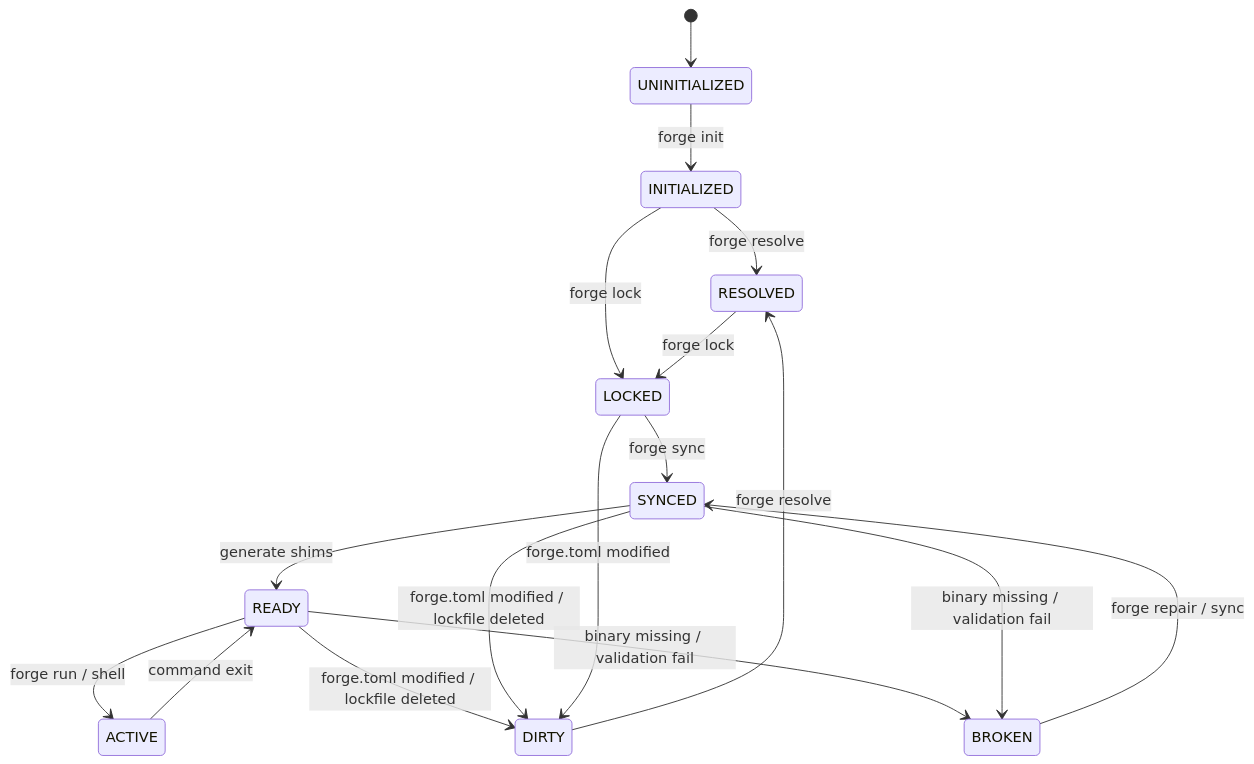
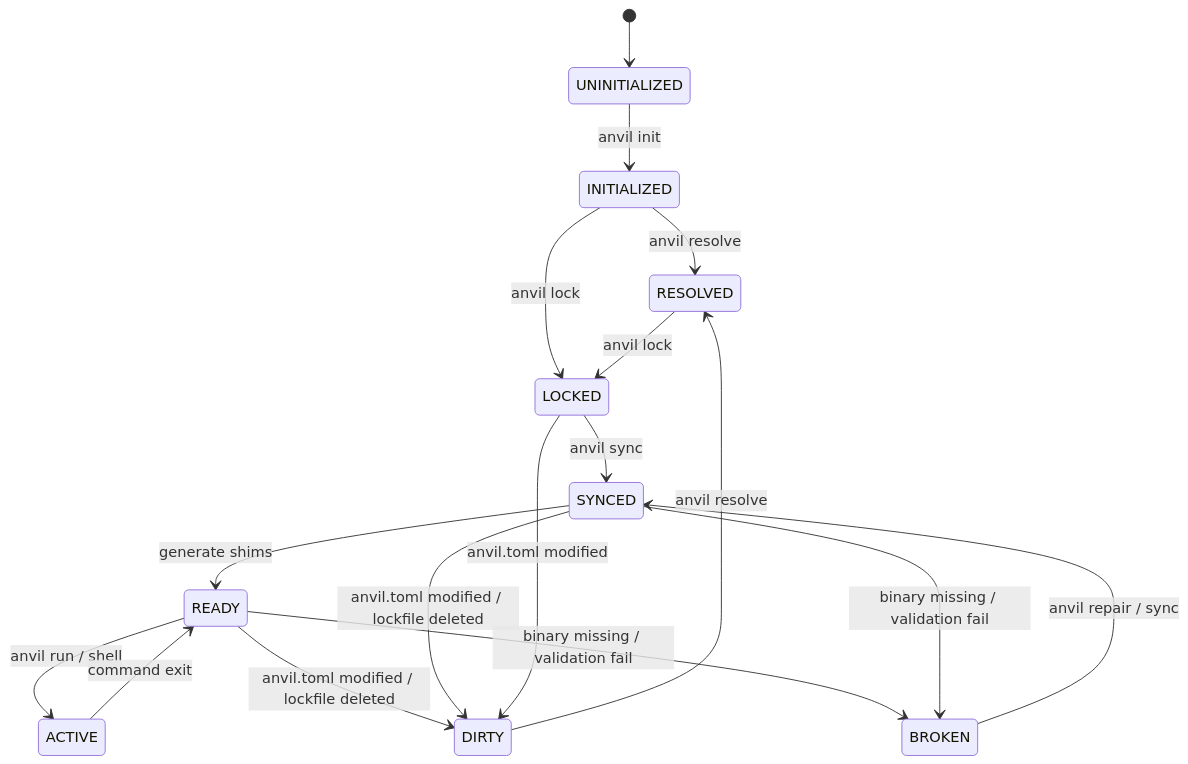
One commit to biggs-100/anvil changed the diagram in openspec/changes/archive/2026-07-01-forge-environment-lifecycle/exploration.md. Above: the diagram before and after it, drawn with Mermaid. The commit also changed other lines of this file and 341 other files, not shown here.

First line of the commit message:
refactor: rename project from forge to anvil

````diff
--- a/openspec/changes/archive/2026-07-01-forge-environment-lifecycle/exploration.md
+++ b/openspec/changes/archive/2026-07-01-forge-environment-lifecycle/exploration.md
@@ -48,23 +48,23 @@
 ```mermaid
 stateDiagram-v2
     [*] --> UNINITIALIZED
-    UNINITIALIZED --> INITIALIZED : forge init
-    INITIALIZED --> RESOLVED : forge resolve
-    INITIALIZED --> LOCKED : forge lock
-    RESOLVED --> LOCKED : forge lock
-    LOCKED --> SYNCED : forge sync
+    UNINITIALIZED --> INITIALIZED : anvil init
+    INITIALIZED --> RESOLVED : anvil resolve
+    INITIALIZED --> LOCKED : anvil lock
+    RESOLVED --> LOCKED : anvil lock
+    LOCKED --> SYNCED : anvil sync
     SYNCED --> READY : generate shims
-    READY --> ACTIVE : forge run / shell
+    READY --> ACTIVE : anvil run / shell
     ACTIVE --> READY : command exit
     
     %% File mutation flows
-    READY --> DIRTY : forge.toml modified / lockfile deleted
-    SYNCED --> DIRTY : forge.toml modified / lockfile deleted
-    LOCKED --> DIRTY : forge.toml modified
-    DIRTY --> RESOLVED : forge resolve
+    READY --> DIRTY : anvil.toml modified / lockfile deleted
+    SYNCED --> DIRTY : anvil.toml modified / lockfile deleted
+    LOCKED --> DIRTY : anvil.toml modified
+    DIRTY --> RESOLVED : anvil resolve
     
     %% Broken / Corruption state
     READY --> BROKEN : binary missing / validation fail
     SYNCED --> BROKEN : binary missing / validation fail
-    BROKEN --> SYNCED : forge repair / sync
+    BROKEN --> SYNCED : anvil repair / sync
 ```
````
